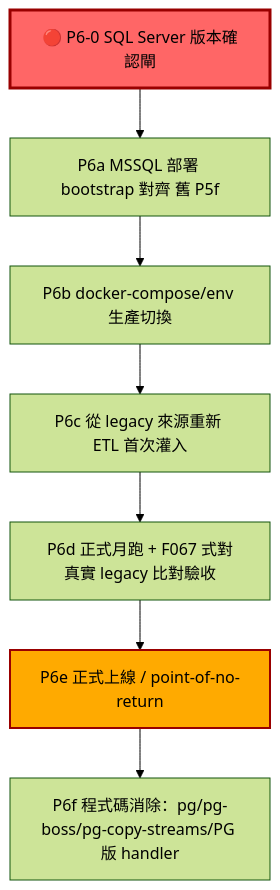
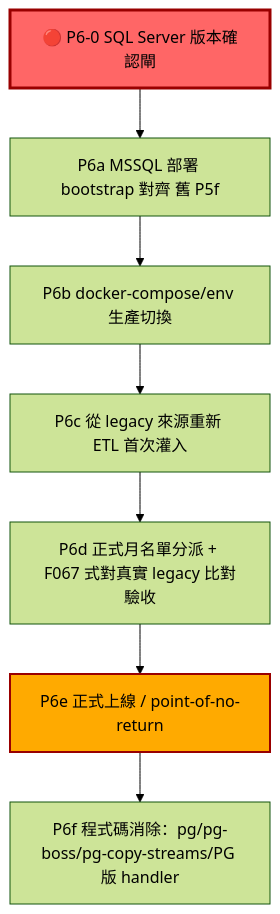
The diagram in docs/specs/implementation-log/AD-E07-44-mssql-p6-cutover.md (wisewhalesoft/cdmp-mvp), drawn with Mermaid (forest theme) before and after one commit. The commit also changed other lines of this file and 283 other files, not shown here.

````diff
--- a/docs/specs/implementation-log/AD-E07-44-mssql-p6-cutover.md
+++ b/docs/specs/implementation-log/AD-E07-44-mssql-p6-cutover.md
@@ -55,11 +55,11 @@
 ```mermaid
 graph TD
   P60[🔴 P6-0 SQL Server 版本確認閘] --> P6a[P6a MSSQL 部署 bootstrap 對齊 舊 P5f]
   P6a --> P6b[P6b docker-compose/env 生產切換]
   P6b --> P6c[P6c 從 legacy 來源重新 ETL 首次灌入]
-  P6c --> P6d[P6d 正式月跑 + F067 式對真實 legacy 比對驗收]
+  P6c --> P6d[P6d 正式月名單分派 + F067 式對真實 legacy 比對驗收]
   P6d --> P6e[P6e 正式上線 / point-of-no-return]
   P6e --> P6f[P6f 程式碼消除：pg/pg-boss/pg-copy-streams/PG 版 handler]
   style P60 fill:#f66,stroke:#900,stroke-width:3px
   style P6e fill:#fa0,stroke:#900,stroke-width:2px
 ```
````
